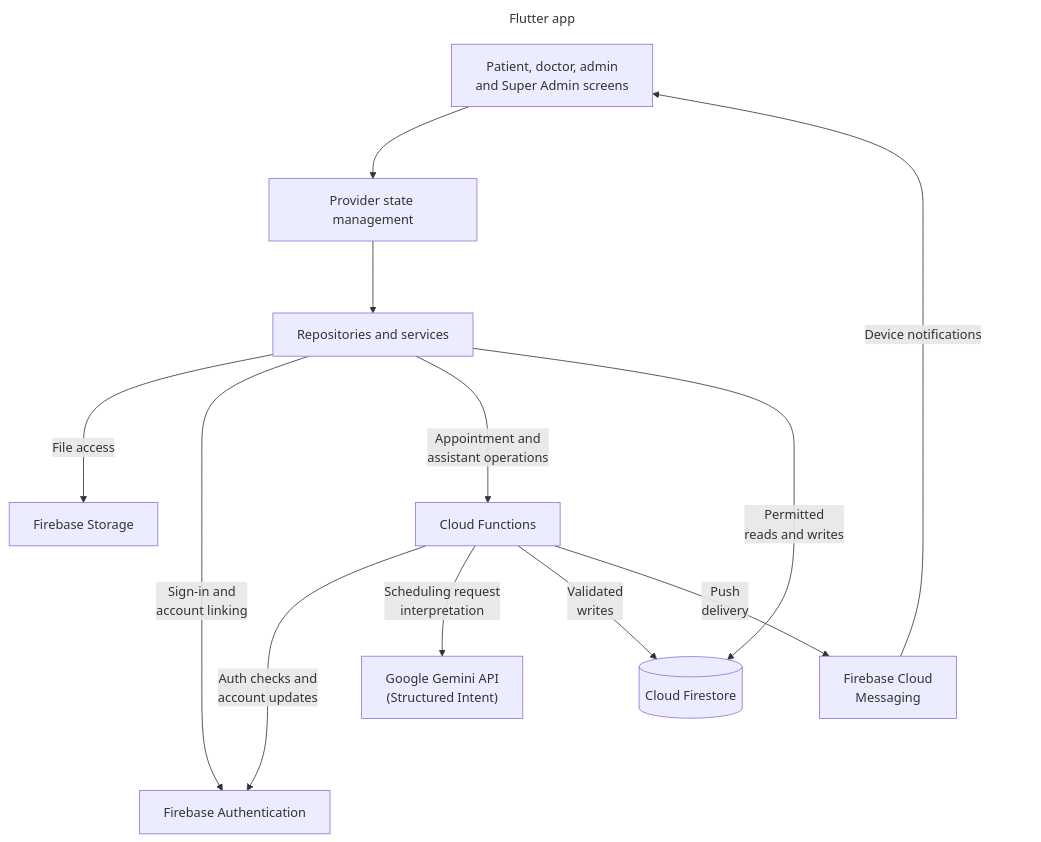
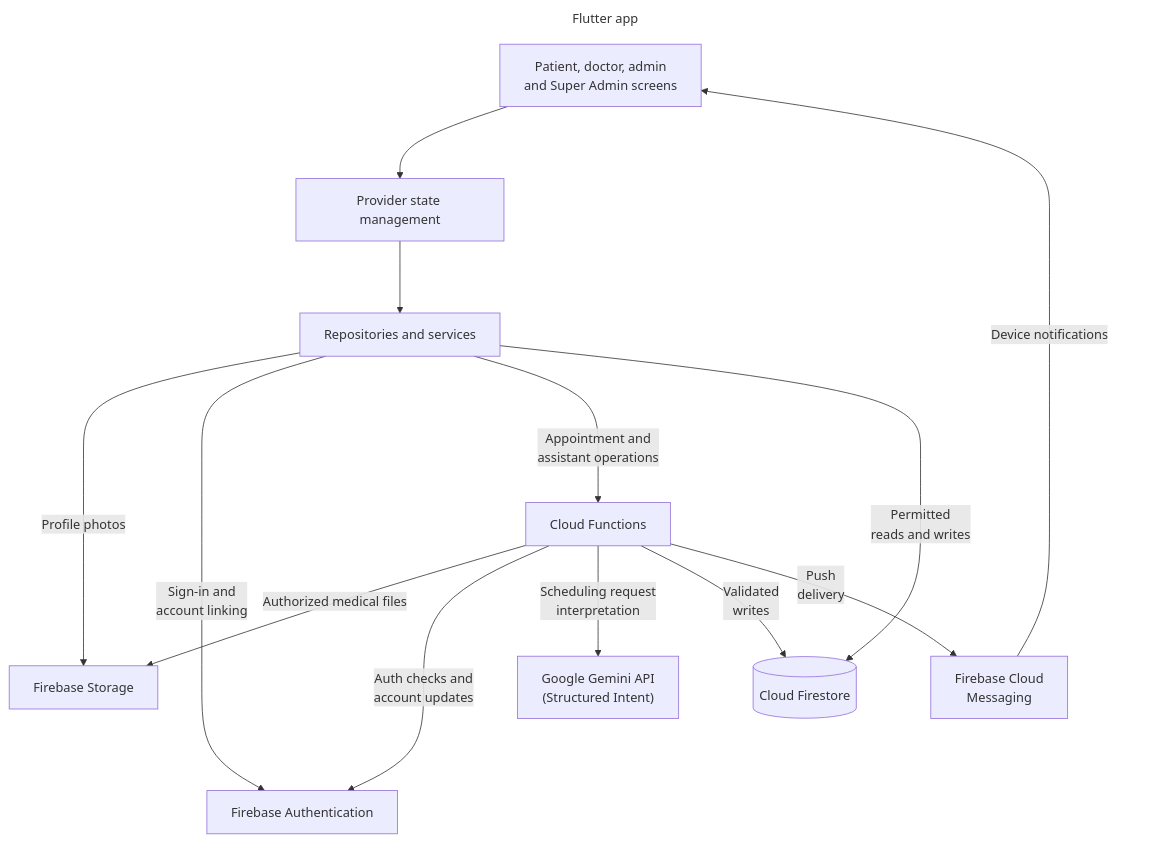
Before and after one commit to ELYASDARK/UHC: the diagram in README.md, drawn with Mermaid. The commit also changed other lines of this file and 5 other files, not shown here.

````diff
--- a/README.md
+++ b/README.md
@@ -161,28 +161,29 @@
 ```mermaid
 %%{init: {"flowchart": {"curve": "basis", "nodeSpacing": 90, "rankSpacing": 90, "diagramPadding": 24}, "themeVariables": {"clusterBkg": "transparent", "clusterBorder": "transparent"}}}%%
 flowchart TB
     subgraph client[Flutter app]
         screens["Patient, doctor, admin<br/>and Super Admin screens"]
         state[Provider state management]
         data[Repositories and services]
         screens --> state --> data
     end
 
     storage[Firebase Storage]
     auth[Firebase Authentication]
     functions[Cloud Functions]
     gemini["Google Gemini API<br/>(Structured Intent)"]
     firestore[(Cloud Firestore)]
     push["Firebase Cloud<br/>Messaging"]
 
-    data -->|File access| storage
+    data -->|Profile photos| storage
+    functions -->|Authorized medical files| storage
     data -->|"Sign-in and<br/>account linking"| auth
     data -->|"Appointment and<br/>assistant operations"| functions
     data -->|"Permitted<br/>reads and writes"| firestore
     functions --->|"Auth checks and<br/>account updates"| auth
     functions -->|"Scheduling request<br/>interpretation"| gemini
     functions -->|"Validated<br/>writes"| firestore
     functions -->|"Push<br/>delivery"| push
     push -->|Device notifications| screens
     style client fill:transparent,stroke:transparent
 ```
````
